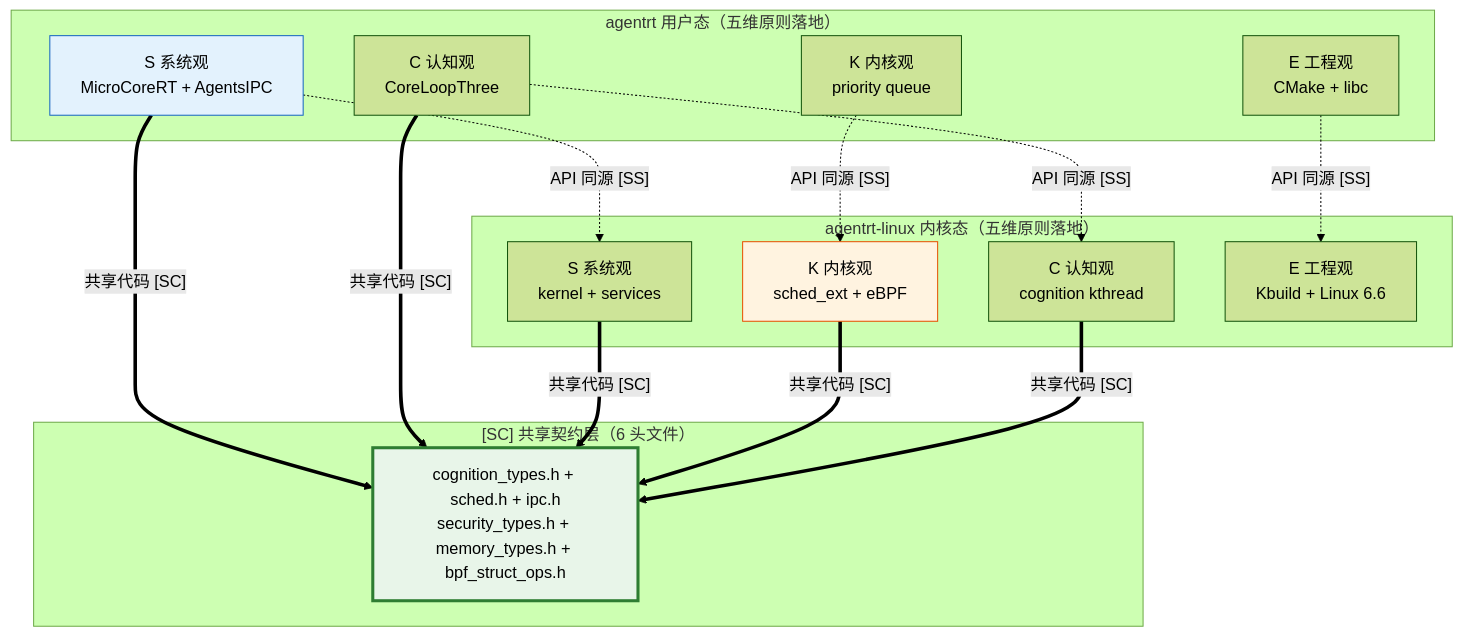
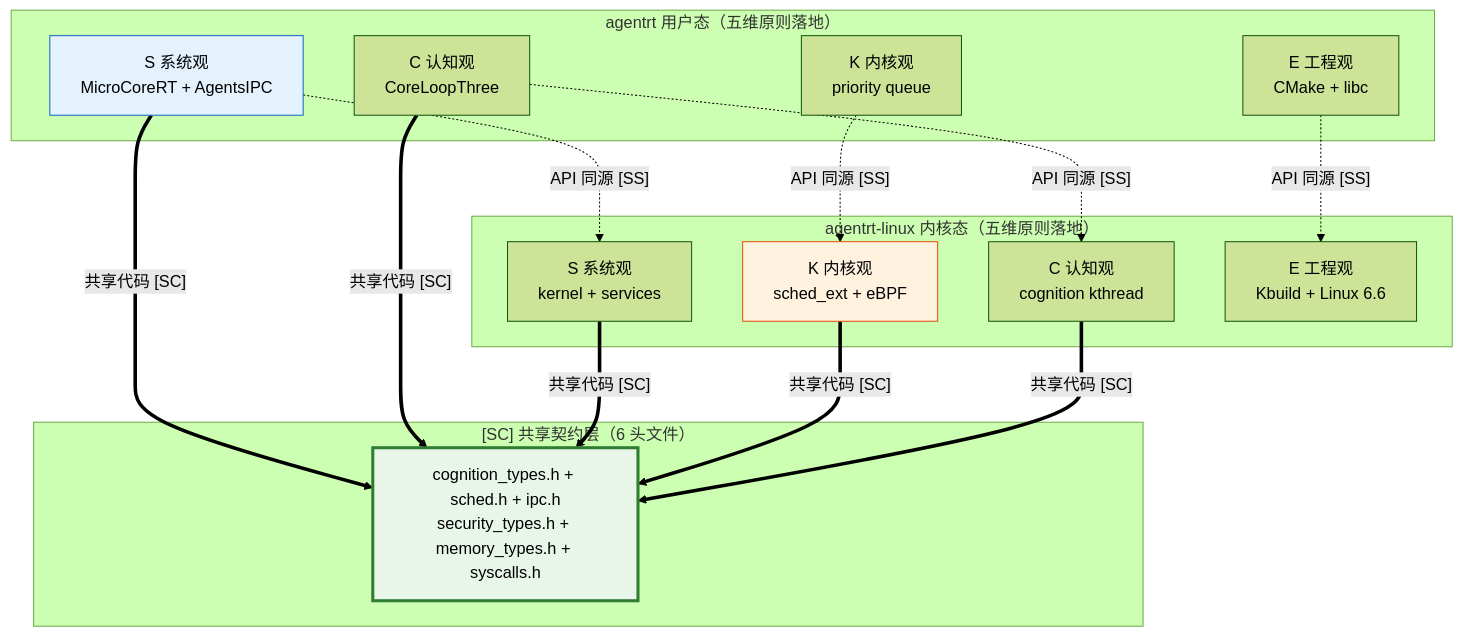
One commit to SpharxTeam/Docs changed the diagram in AirymaxOS/10-architecture/02-five-dimensional-principles.md. Above: the diagram before and after it, drawn with Mermaid (forest theme). The commit also changed other lines of this file and 151 other files, not shown here.

````diff
--- a/AirymaxOS/10-architecture/02-five-dimensional-principles.md
+++ b/AirymaxOS/10-architecture/02-five-dimensional-principles.md
@@ -612,35 +612,35 @@
 ```mermaid
 graph TB
     subgraph "agentrt 用户态（五维原则落地）"
         RT_S[S 系统观<br/>MicroCoreRT + AgentsIPC]
         RT_K[K 内核观<br/>priority queue]
         RT_C[C 认知观<br/>CoreLoopThree]
         RT_E[E 工程观<br/>CMake + libc]
     end
 
     subgraph "agentrt-linux 内核态（五维原则落地）"
         OS_S[S 系统观<br/>kernel + services]
         OS_K[K 内核观<br/>sched_ext + eBPF]
         OS_C[C 认知观<br/>cognition kthread]
         OS_E[E 工程观<br/>Kbuild + Linux 6.6]
     end
 
     subgraph "[SC] 共享契约层（6 头文件）"
-        SC[cognition_types.h + sched.h + ipc.h<br/>security_types.h + memory_types.h + bpf_struct_ops.h]
+        SC[cognition_types.h + sched.h + ipc.h<br/>security_types.h + memory_types.h + syscalls.h]
     end
 
     RT_S -.->|"API 同源 [SS]"| OS_S
     RT_K -.->|"API 同源 [SS]"| OS_K
     RT_C -.->|"API 同源 [SS]"| OS_C
     RT_E -.->|"API 同源 [SS]"| OS_E
 
     RT_S ==>|"共享代码 [SC]"| SC
     RT_C ==>|"共享代码 [SC]"| SC
     OS_S ==>|"共享代码 [SC]"| SC
     OS_K ==>|"共享代码 [SC]"| SC
     OS_C ==>|"共享代码 [SC]"| SC
 
     style SC fill:#e8f5e9,stroke:#2e7d32,stroke-width:3px
     style RT_S fill:#e3f2fd,stroke:#1565c0
     style OS_K fill:#fff3e0,stroke:#e65100
 ```
````
